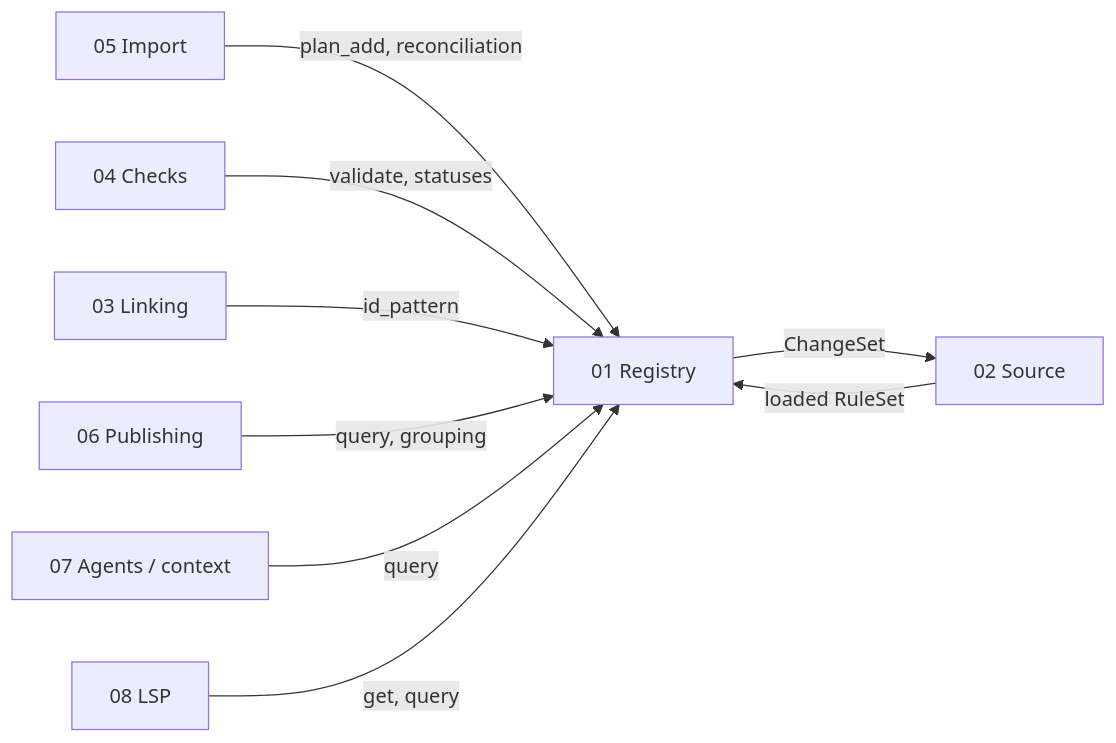
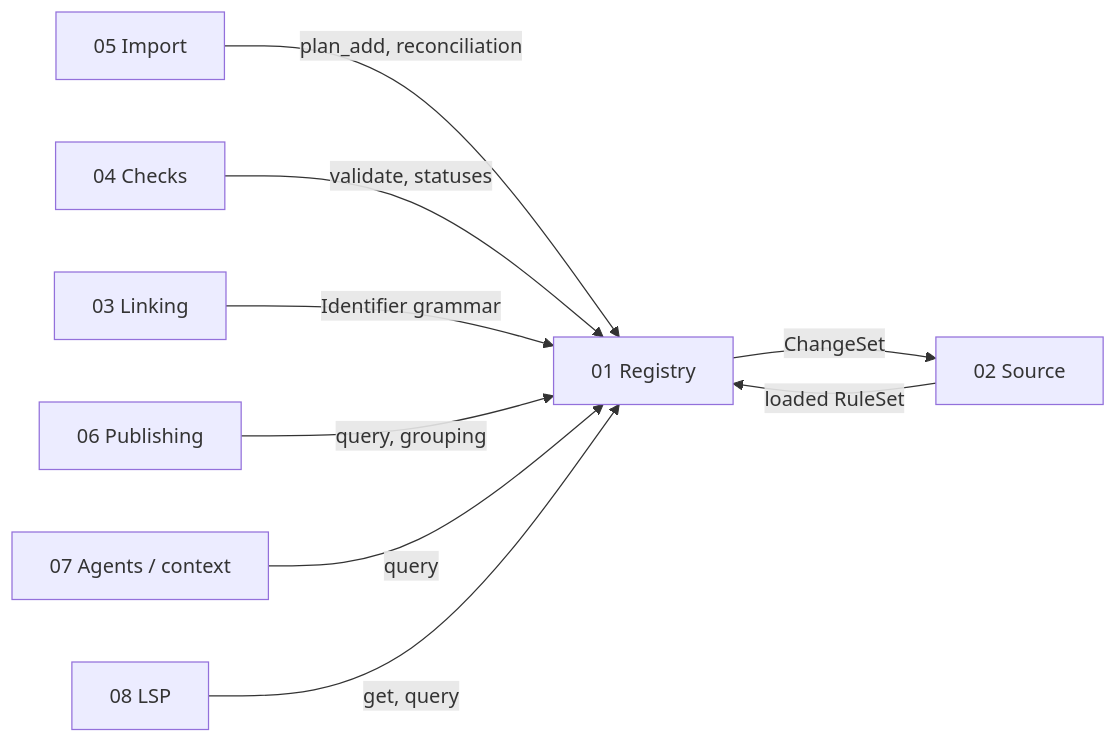
One commit to E-Jacques/Rulelink changed the seventh of 7 diagrams in docs/architecture/01-rule-registry.md. Above: the diagram before and after it, drawn with Mermaid. The commit also changed other lines of this file and 5 other files, not shown here.

First line of the commit message:
docs(architecture): update the check design for the Findings about the Source

````diff
--- a/docs/architecture/01-rule-registry.md
+++ b/docs/architecture/01-rule-registry.md
@@ -469,12 +468,12 @@
 ```mermaid
 flowchart LR
     REG["01 Registry"]
     SRC["02 Source"] -->|"loaded RuleSet"| REG
     REG -->|"ChangeSet"| SRC
     IMP["05 Import"] -->|"plan_add, reconciliation"| REG
     CHK["04 Checks"] -->|"validate, statuses"| REG
-    LNK["03 Linking"] -->|"id_pattern"| REG
+    LNK["03 Linking"] -->|"Identifier grammar"| REG
     PUB["06 Publishing"] -->|"query, grouping"| REG
     AG["07 Agents / context"] -->|"query"| REG
     LSP["08 LSP"] -->|"get, query"| REG
 ```
````
